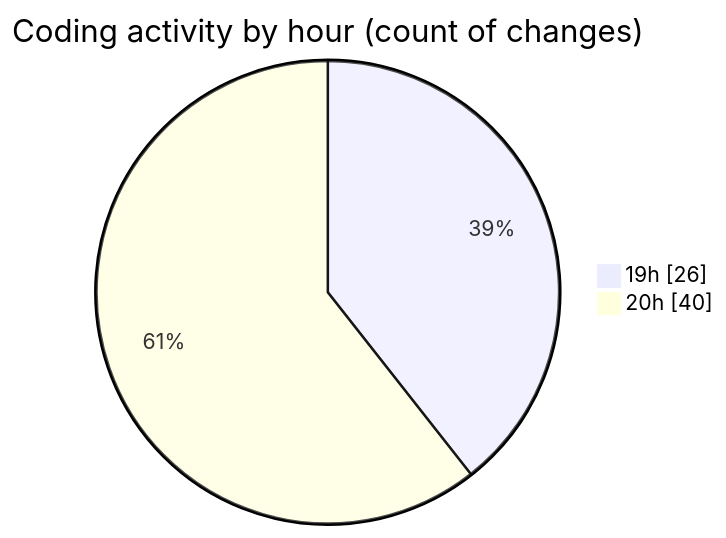
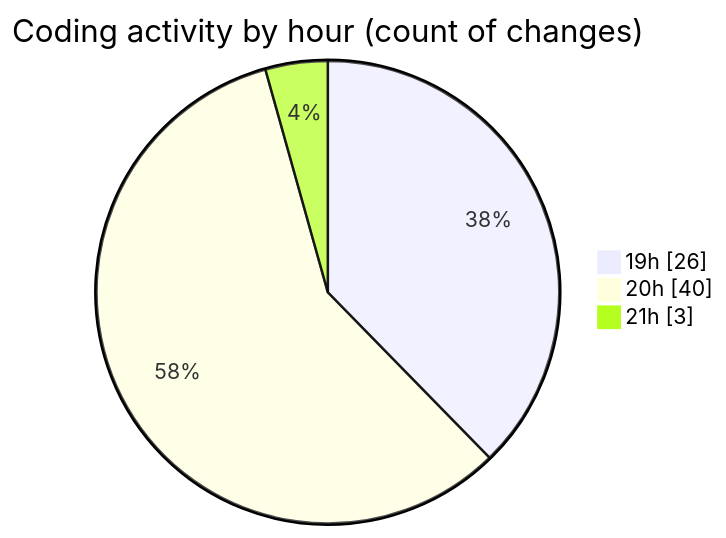
One commit to Ritupan-Deka/code-tracking changed the second of 2 diagrams in 2025-08-24/javascript/README.md. Above: the diagram before and after it, drawn with Mermaid. The commit also changed other lines of this file and 1 other file, not shown here.

````diff
--- a/2025-08-24/javascript/README.md
+++ b/2025-08-24/javascript/README.md
@@ -32,6 +32,7 @@
 ```mermaid
 pie showData
 title Coding activity by hour (count of changes)
 "19h" : 26
 "20h" : 40
+"21h" : 3
 ```
````
